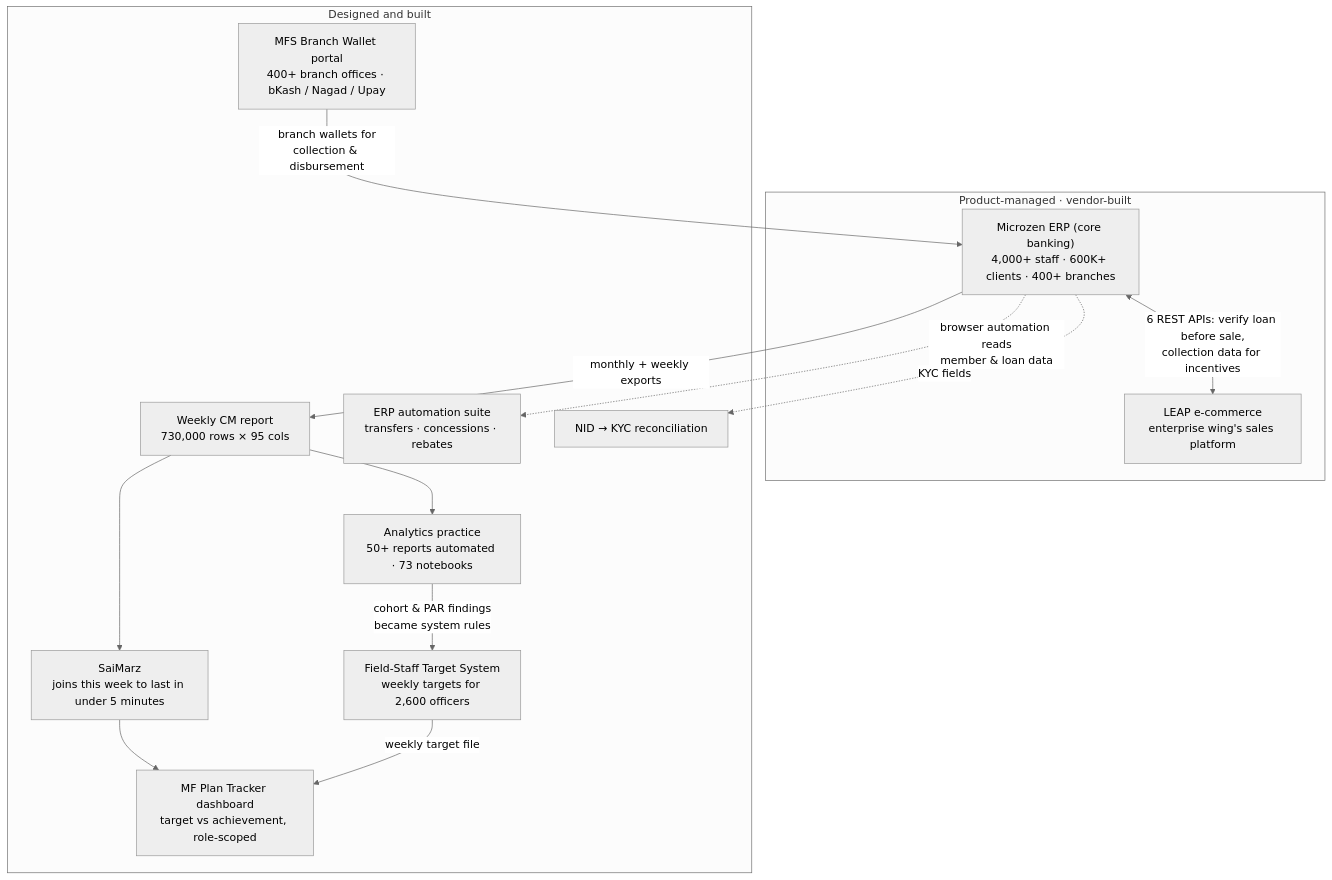
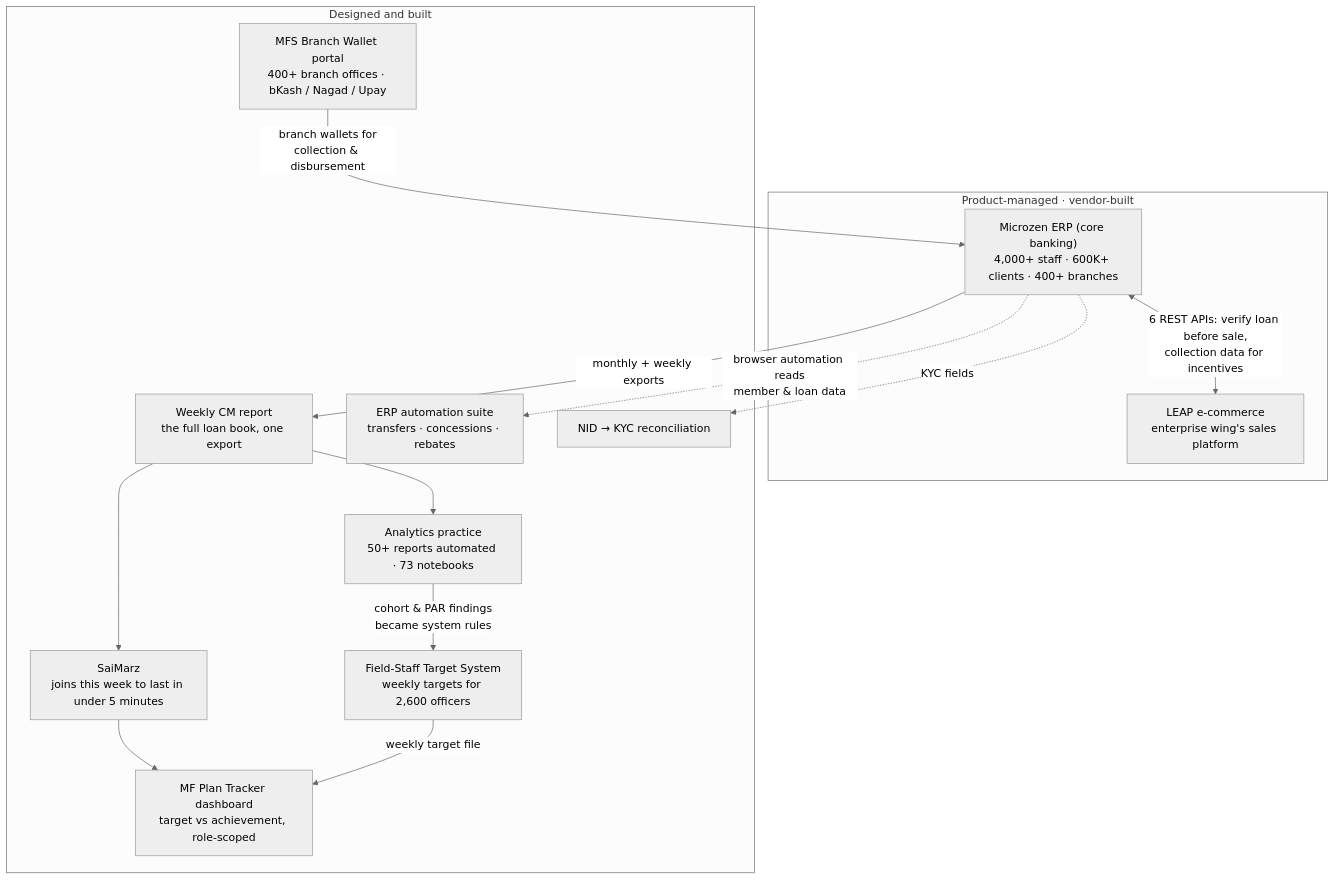
Before and after one commit to PabelHaque/PabelHaque: the diagram in README.md, drawn with Mermaid (neutral theme). The commit also changed other lines of this file, not shown here.

````diff
--- a/README.md
+++ b/README.md
@@ -31,28 +31,28 @@
 ```mermaid
 flowchart TB
     subgraph PM["Product-managed · vendor-built"]
         MZ["Microzen ERP (core banking)<br/>4,000+ staff · 600K+ clients · 400+ branches"]
         LEAP["LEAP e-commerce<br/>enterprise wing's sales platform"]
         MZ <-- "6 REST APIs: verify loan before sale,<br/>collection data for incentives" --> LEAP
     end
 
     subgraph BUILT["Designed and built"]
-        CM["Weekly CM report<br/>730,000 rows × 95 cols"]
+        CM["Weekly CM report<br/>the full loan book, one export"]
         SM["SaiMarz<br/>joins this week to last in under 5 minutes"]
         TS["Field-Staff Target System<br/>weekly targets for 2,600 officers"]
         BP["MF Plan Tracker dashboard<br/>target vs achievement, role-scoped"]
         MFS["MFS Branch Wallet portal<br/>400+ branch offices · bKash / Nagad / Upay"]
         AUTO["ERP automation suite<br/>transfers · concessions · rebates"]
         NID["NID → KYC reconciliation"]
         AN["Analytics practice<br/>50+ reports automated · 73 notebooks"]
     end
 
     MZ -- "monthly + weekly exports" --> CM
     CM --> SM --> BP
     CM --> AN
     TS -- "weekly target file" --> BP
     MZ -. "browser automation reads<br/>member & loan data" .-> AUTO
     MZ -. "KYC fields" .-> NID
     MFS -- "branch wallets for<br/>collection & disbursement" --> MZ
     AN -- "cohort & PAR findings<br/>became system rules" --> TS
 ```
````
